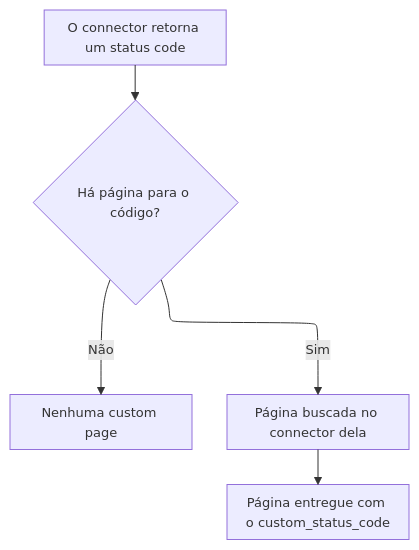
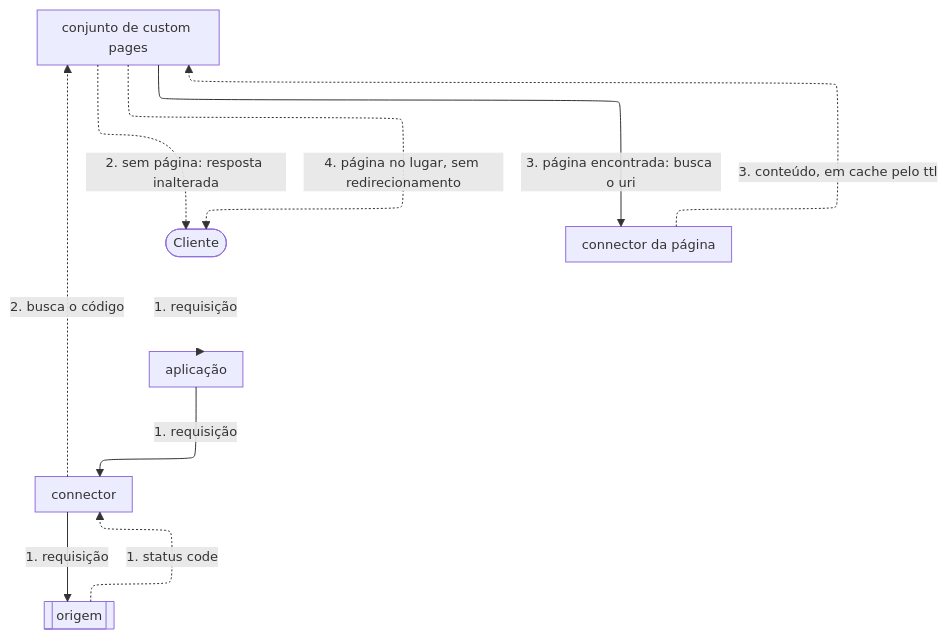
Before and after one commit to aziontech/docs: the fourth of 5 diagrams in apps/docs/src/content/docs/pt-br/pages/secure/workloads/como-funciona.mdx, drawn with Mermaid. The commit also changed other lines of this file and 7 other files, not shown here.

````diff
--- a/apps/docs/src/content/docs/pt-br/pages/secure/workloads/como-funciona.mdx
+++ b/apps/docs/src/content/docs/pt-br/pages/secure/workloads/como-funciona.mdx
@@ -194,8 +238,19 @@
 ```mermaid
-%%{init: {"layout": "elk", "themeVariables": {"fontSize": "13px"}, "flowchart": {"nodeSpacing": 24, "rankSpacing": 36, "padding": 8, "wrappingWidth": 150, "useMaxWidth": true}, "sequence": {"width": 120, "actorMargin": 30, "useMaxWidth": true}}}%%
+%%{init: {"layout": "elk", "elk": {"preset": "modelOrder", "keepEntryNodeOnTop": true}, "themeVariables": {"fontSize": "13px"}, "flowchart": {"nodeSpacing": 24, "rankSpacing": 36, "padding": 8, "wrappingWidth": 150, "useMaxWidth": true}, "sequence": {"width": 120, "actorMargin": 30, "useMaxWidth": true}}}%%
 flowchart TD
-  Status["O connector retorna um status code"] --> Match{"Há página para o código?"}
-  Match -->|"Não"| Orig["Nenhuma custom page"]
-  Match -->|"Sim"| Fetch["Página buscada no connector dela"]
-  Fetch --> Resp["Página entregue com o custom_status_code"]
+  Client(["Cliente"])
+  App["aplicação"]
+  Conn["connector"]
+  Origin[["origem"]]
+  Set["conjunto de custom pages"]
+  PConn["connector da página"]
+  Client -->|"1. requisição"| App
+  App -->|"1. requisição"| Conn
+  Conn -->|"1. requisição"| Origin
+  Origin -.->|"1. status code"| Conn
+  Conn -.->|"2. busca o código"| Set
+  Set -.->|"2. sem página: resposta inalterada"| Client
+  Set -->|"3. página encontrada: busca o uri"| PConn
+  PConn -.->|"3. conteúdo, em cache pelo ttl"| Set
+  Set -.->|"4. página no lugar, sem redirecionamento"| Client
 ```
````
